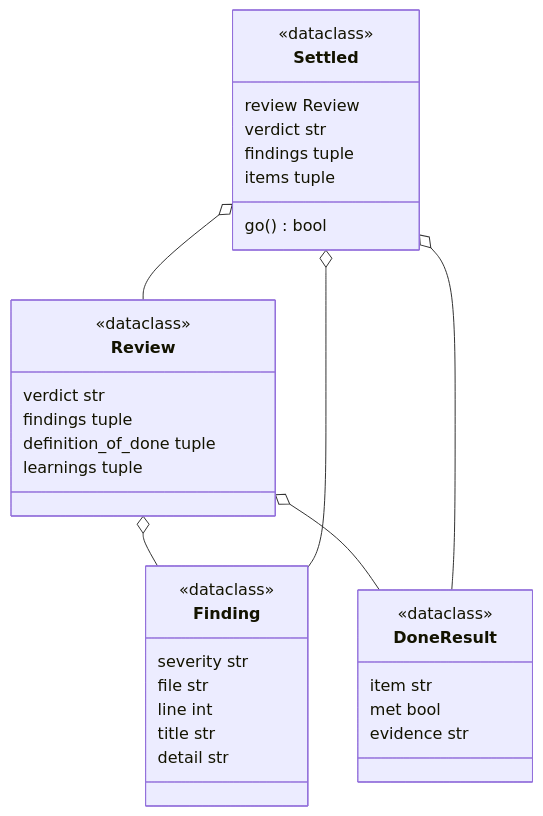
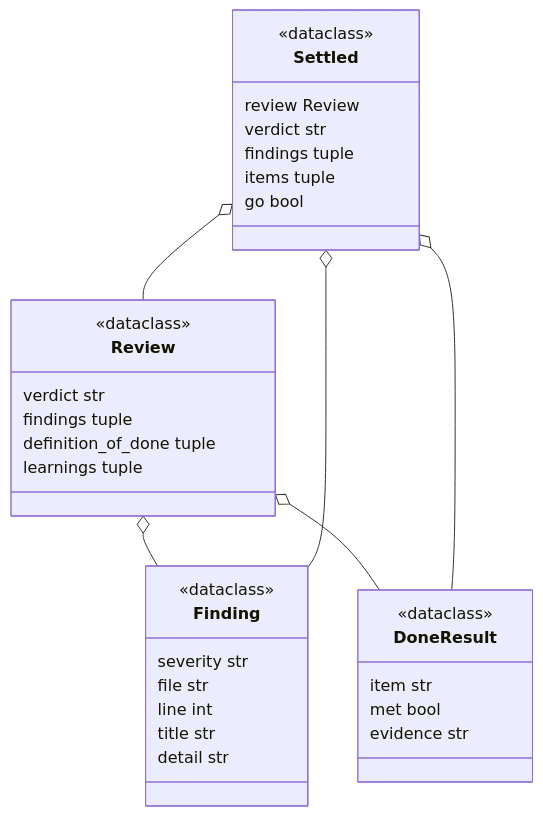
Before and after one commit to plaplanche/ariane: the second of 3 diagrams in docs/architecture/modules/review.md, drawn with Mermaid. The commit also changed 3 other files, not shown here.

````diff
--- a/docs/architecture/modules/review.md
+++ b/docs/architecture/modules/review.md
@@ -53,37 +53,37 @@
 ```mermaid
 classDiagram
 class Review {
   <<dataclass>>
   verdict str
   findings tuple
   definition_of_done tuple
   learnings tuple
 }
 class Finding {
   <<dataclass>>
   severity str
   file str
   line int
   title str
   detail str
 }
 class DoneResult {
   <<dataclass>>
   item str
   met bool
   evidence str
 }
 class Settled {
   <<dataclass>>
   review Review
   verdict str
   findings tuple
   items tuple
-  go() bool
+  go bool
 }
 Review o-- Finding
 Review o-- DoneResult
 Settled o-- Review
 Settled o-- Finding
 Settled o-- DoneResult
 ```
````
